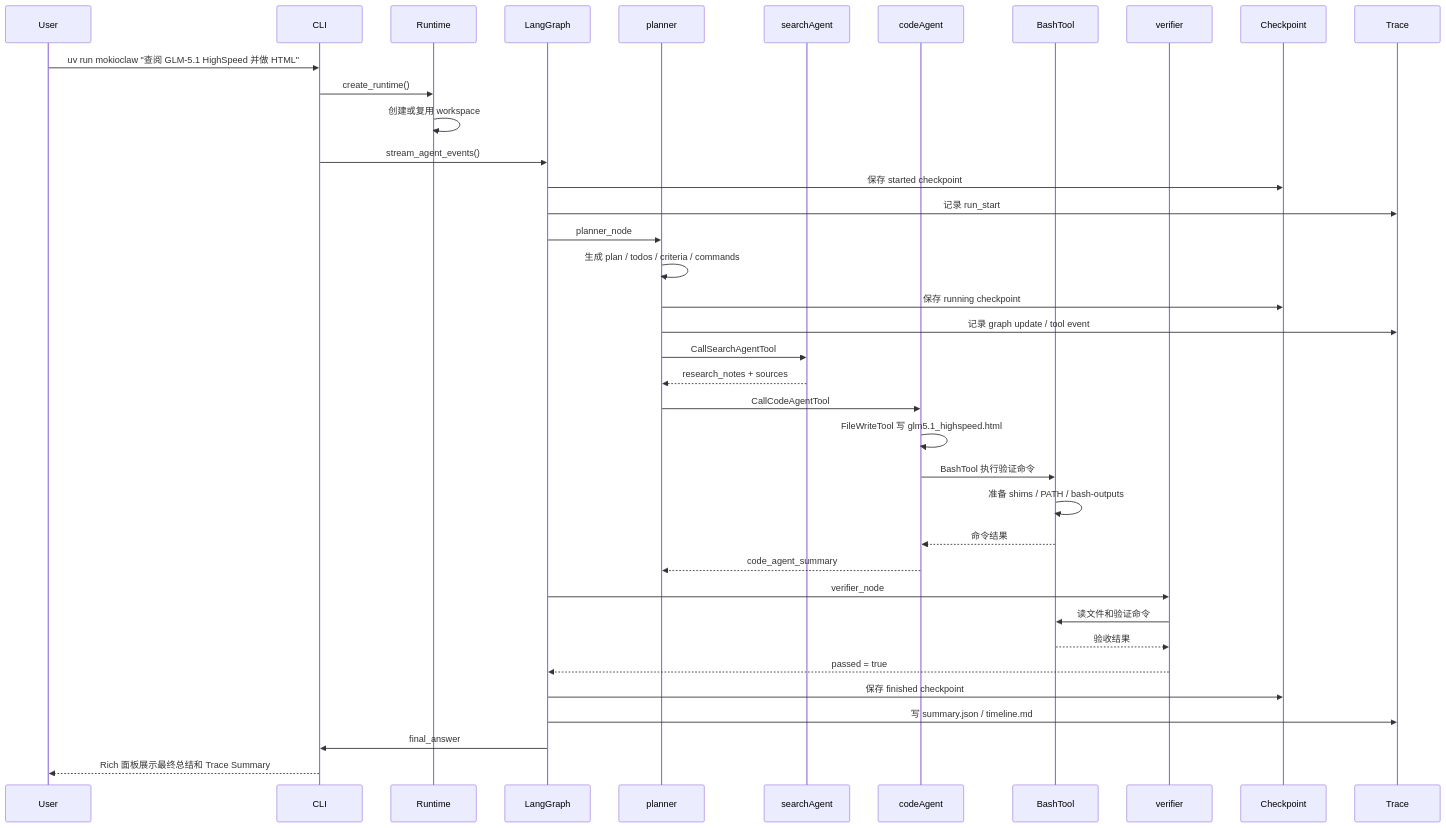
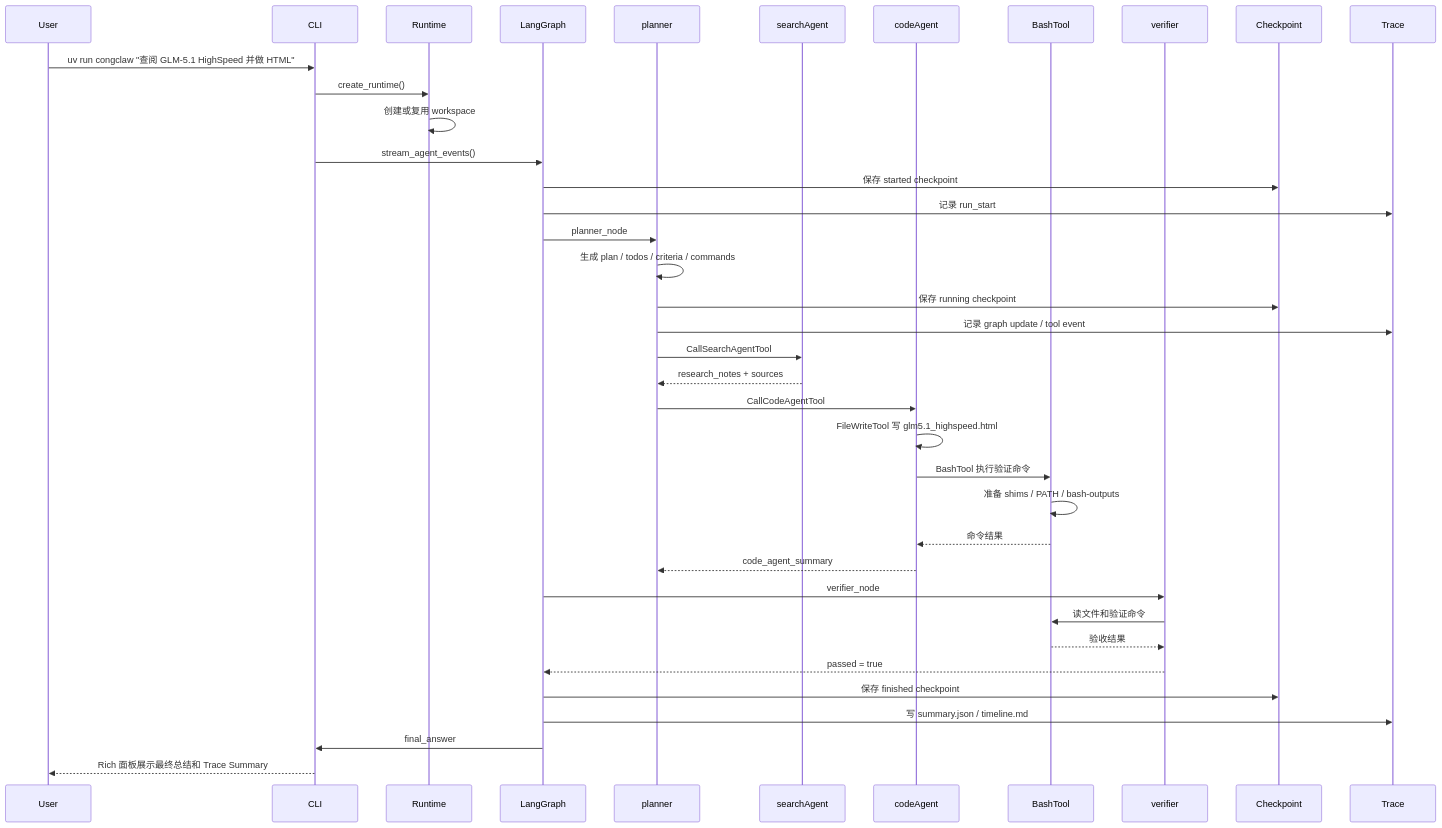
The second of 4 diagrams in docs/workspace-lifecycle.md (sjc1016/agent-dian001), drawn with Mermaid before and after one commit. The commit also changed other lines of this file and 425 other files, not shown here.

````diff
--- a/docs/workspace-lifecycle.md
+++ b/docs/workspace-lifecycle.md
@@ -91,46 +91,46 @@
 ```mermaid
 sequenceDiagram
     participant U as User
     participant C as CLI
     participant R as Runtime
     participant G as LangGraph
     participant P as planner
     participant S as searchAgent
     participant A as codeAgent
     participant B as BashTool
     participant V as verifier
     participant K as Checkpoint
     participant T as Trace
 
-    U->>C: uv run mokioclaw "查阅 GLM-5.1 HighSpeed 并做 HTML"
+    U->>C: uv run congclaw "查阅 GLM-5.1 HighSpeed 并做 HTML"
     C->>R: create_runtime()
     R->>R: 创建或复用 workspace
     C->>G: stream_agent_events()
     G->>K: 保存 started checkpoint
     G->>T: 记录 run_start
 
     G->>P: planner_node
     P->>P: 生成 plan / todos / criteria / commands
     P->>K: 保存 running checkpoint
     P->>T: 记录 graph update / tool event
 
     P->>S: CallSearchAgentTool
     S-->>P: research_notes + sources
 
     P->>A: CallCodeAgentTool
     A->>A: FileWriteTool 写 glm5.1_highspeed.html
     A->>B: BashTool 执行验证命令
     B->>B: 准备 shims / PATH / bash-outputs
     B-->>A: 命令结果
     A-->>P: code_agent_summary
 
     G->>V: verifier_node
     V->>B: 读文件和验证命令
     B-->>V: 验收结果
     V-->>G: passed = true
 
     G->>K: 保存 finished checkpoint
     G->>T: 写 summary.json / timeline.md
     G->>C: final_answer
     C-->>U: Rich 面板展示最终总结和 Trace Summary
 ```
````
